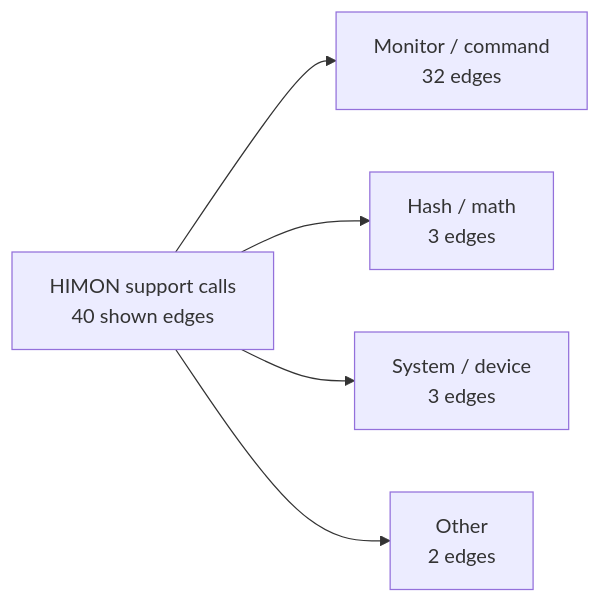
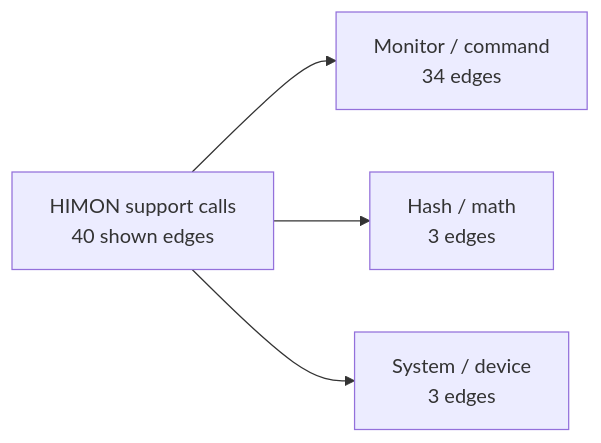
Before and after one commit to 95westus/R-YORS: the first of 6 diagrams in DOC/GENERATED/HIMON_SUPPORT_MAP.md, drawn with Mermaid. The commit also changed other lines of this file and 42 other files, not shown here.

````diff
--- a/DOC/GENERATED/HIMON_SUPPORT_MAP.md
+++ b/DOC/GENERATED/HIMON_SUPPORT_MAP.md
@@ -16,7 +16,6 @@
 ```mermaid
 flowchart LR
-    MAP_ROOT_HIMON_SUPPORT_CALLS["HIMON support calls<br/>40 shown edges"] --> MAP_FAMILY_MONITOR___COMMAND["Monitor / command<br/>32 edges"]
+    MAP_ROOT_HIMON_SUPPORT_CALLS["HIMON support calls<br/>40 shown edges"] --> MAP_FAMILY_MONITOR___COMMAND["Monitor / command<br/>34 edges"]
     MAP_ROOT_HIMON_SUPPORT_CALLS["HIMON support calls<br/>40 shown edges"] --> MAP_FAMILY_HASH___MATH["Hash / math<br/>3 edges"]
     MAP_ROOT_HIMON_SUPPORT_CALLS["HIMON support calls<br/>40 shown edges"] --> MAP_FAMILY_SYSTEM___DEVICE["System / device<br/>3 edges"]
-    MAP_ROOT_HIMON_SUPPORT_CALLS["HIMON support calls<br/>40 shown edges"] --> MAP_FAMILY_OTHER["Other<br/>2 edges"]
 ```
````
